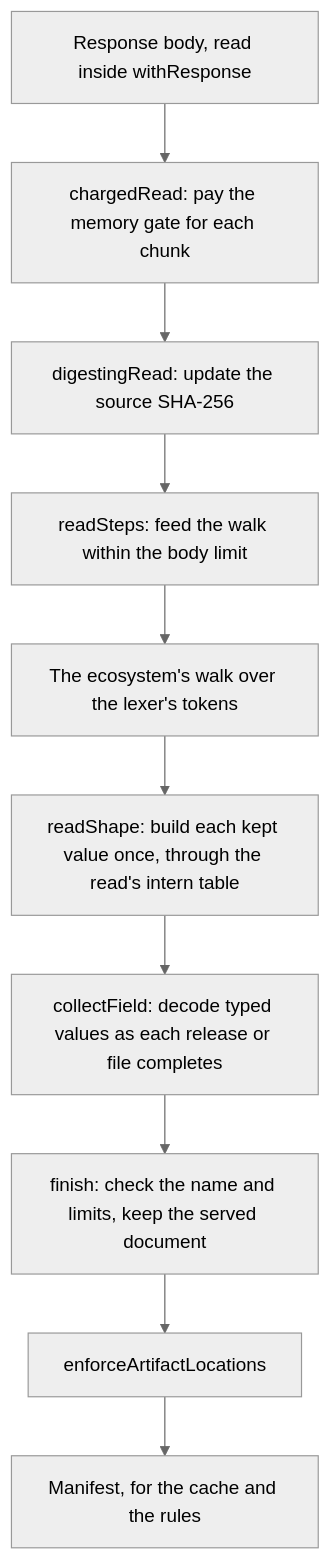
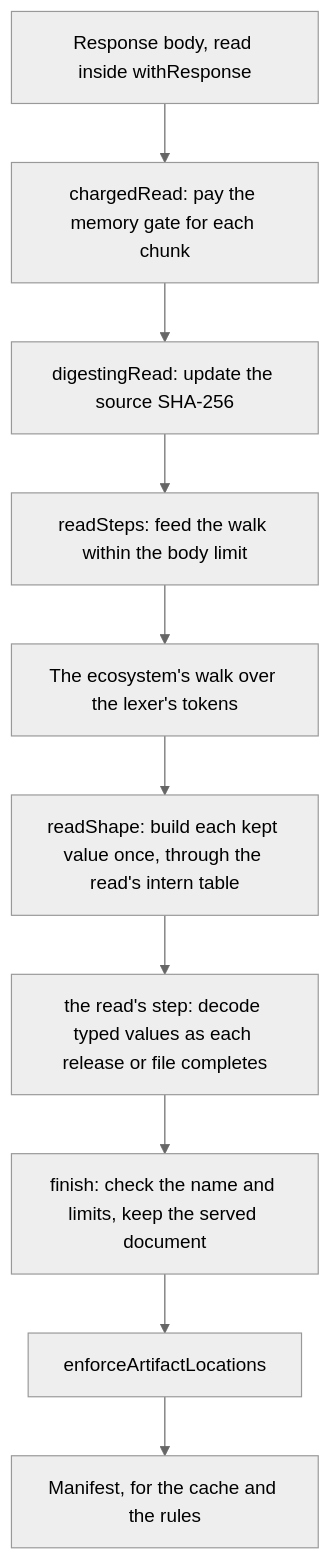
One commit to AlexaDeWit/Ecluse changed the diagram in docs/adding-an-ecosystem.md. Above: the diagram before and after it, drawn with Mermaid (neutral theme). The commit also changed other lines of this file and 28 other files, not shown here.

````diff
--- a/docs/adding-an-ecosystem.md
+++ b/docs/adding-an-ecosystem.md
@@ -48,12 +48,12 @@
 ```mermaid
 flowchart TD
     body["Response body, read inside withResponse"] --> charge["chargedRead: pay the memory gate for each chunk"]
     charge --> digest["digestingRead: update the source SHA-256"]
     digest --> steps["readSteps: feed the walk within the body limit"]
     steps --> walk["The ecosystem's walk over the lexer's tokens"]
     walk --> shape["readShape: build each kept value once, through the read's intern table"]
-    shape --> collect["collectField: decode typed values as each release or file completes"]
+    shape --> collect["the read's step: decode typed values as each release or file completes"]
     collect --> finish["finish: check the name and limits, keep the served document"]
     finish --> enforce["enforceArtifactLocations"]
     enforce --> manifest["Manifest, for the cache and the rules"]
 ```
````
